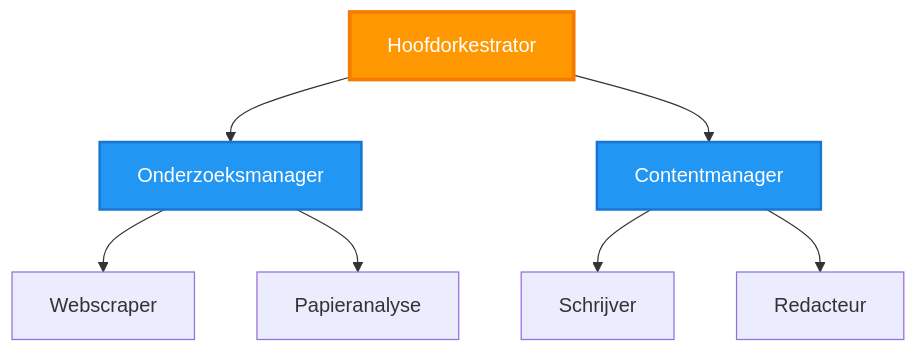
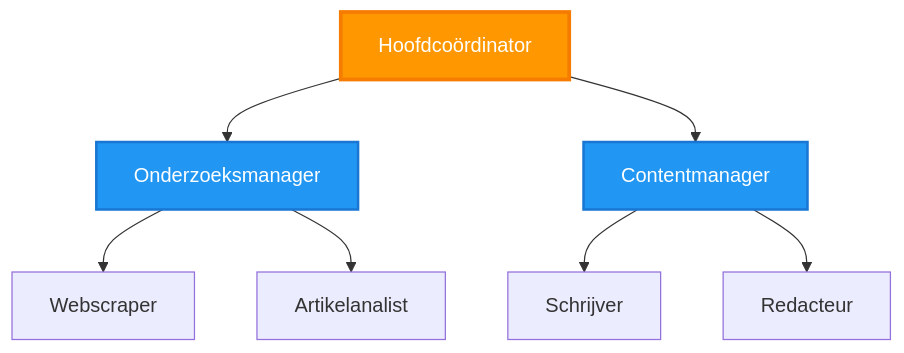
Before and after one commit to microsoft/AZD-for-beginners: the third of 6 diagrams in translations/nl/docs/chapter-06-pre-deployment/coordination-patterns.md, drawn with Mermaid. The commit also changed other lines of this file and 101 other files, not shown here.

````diff
--- a/translations/nl/docs/chapter-06-pre-deployment/coordination-patterns.md
+++ b/translations/nl/docs/chapter-06-pre-deployment/coordination-patterns.md
@@ -149,21 +144,21 @@
 ```mermaid
 graph TB
-    Master[Hoofdorkestrator]
+    Master[Hoofdcoördinator]
     Manager1[Onderzoeksmanager]
     Manager2[Contentmanager]
     W1[Webscraper]
-    W2[Papieranalyse]
+    W2[Artikelanalist]
     W3[Schrijver]
     W4[Redacteur]
     
     Master --> Manager1
     Master --> Manager2
     Manager1 --> W1
     Manager1 --> W2
     Manager2 --> W3
     Manager2 --> W4
     
     style Master fill:#FF9800,stroke:#F57C00,stroke-width:3px,color:#fff
     style Manager1 fill:#2196F3,stroke:#1976D2,stroke-width:2px,color:#fff
     style Manager2 fill:#2196F3,stroke:#1976D2,stroke-width:2px,color:#fff
 ```
````
